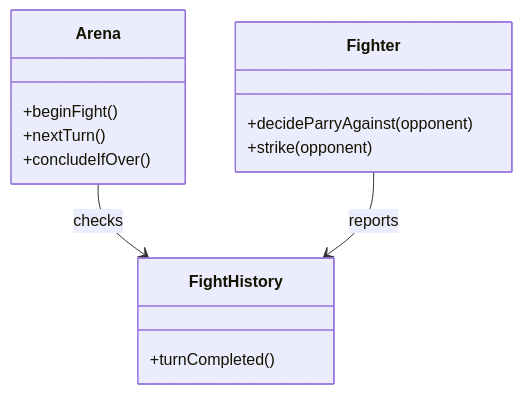
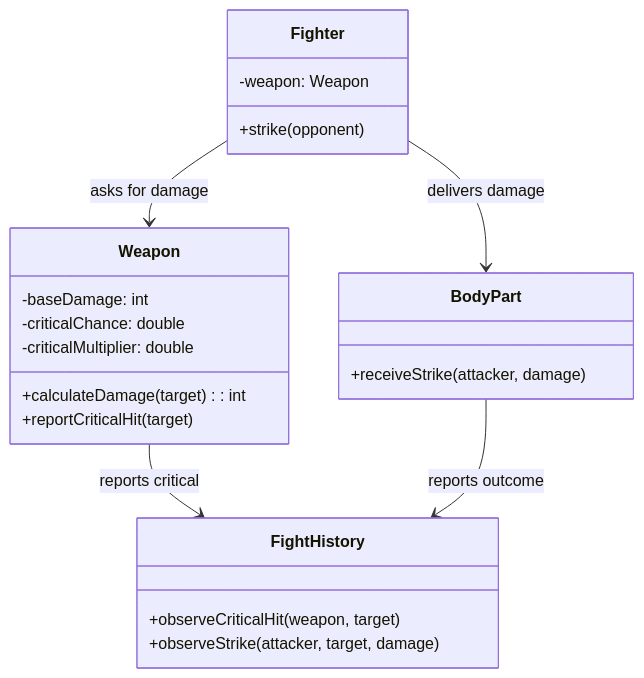
One commit to vzurauskas/copilot-test-duel-scripts-3 changed the diagram in plan.md. Above: the diagram before and after it, drawn with Mermaid. The commit also changed other lines of this file and 3 other files, not shown here.

````diff
--- a/plan.md
+++ b/plan.md
@@ -17,18 +18,25 @@
 ```mermaid
-%% minimal, only the pieces touched this iteration
 classDiagram
-  class Arena {
-    +beginFight()
-    +nextTurn()
-    +concludeIfOver()
+  class Fighter {
+    -weapon: Weapon
+    +strike(opponent)
+  }
+  class Weapon {
+    -baseDamage: int
+    -criticalChance: double
+    -criticalMultiplier: double
+    +calculateDamage(target): int
+    +reportCriticalHit(target)
+  }
+  class BodyPart {
+    +receiveStrike(attacker, damage)
   }
   class FightHistory {
-    +turnCompleted()
+    +observeCriticalHit(weapon, target)
+    +observeStrike(attacker, target, damage)
   }
-  class Fighter {
-    +decideParryAgainst(opponent)
-    +strike(opponent)
-  }
-  Arena --> FightHistory : checks
-  Fighter --> FightHistory : reports
+  Fighter --> Weapon : asks for damage
+  Weapon --> FightHistory : reports critical
+  Fighter --> BodyPart : delivers damage
+  BodyPart --> FightHistory : reports outcome
 ```
````
